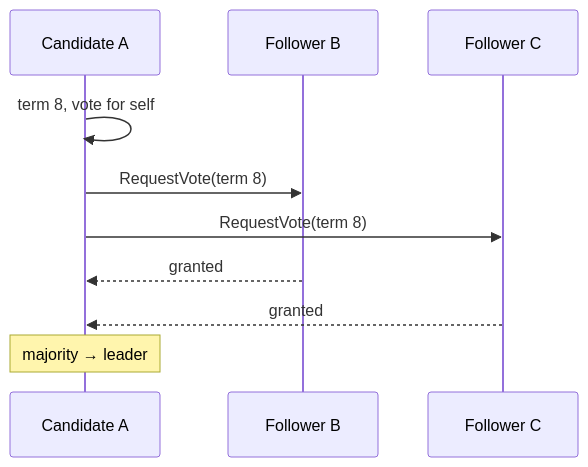
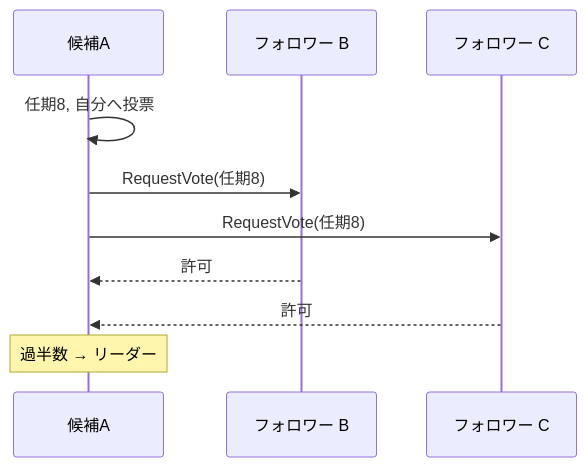
The third of 6 diagrams in src/content/docs/05-distributed-db/14-consensus-raft.md (hirunebot/database-systems-book), drawn with Mermaid before and after one commit. The commit also changed other lines of this file and 42 other files, not shown here.

````diff
--- a/src/content/docs/05-distributed-db/14-consensus-raft.md
+++ b/src/content/docs/05-distributed-db/14-consensus-raft.md
@@ -103,12 +106,12 @@
 ```mermaid
 sequenceDiagram
-    participant A as Candidate A
-    participant B as Follower B
-    participant C as Follower C
-    A->>A: term 8, vote for self
-    A->>B: RequestVote(term 8)
-    A->>C: RequestVote(term 8)
-    B-->>A: granted
-    C-->>A: granted
-    Note over A: majority → leader
+    participant A as 候補A
+    participant B as フォロワー B
+    participant C as フォロワー C
+    A->>A: 任期8, 自分へ投票
+    A->>B: RequestVote(任期8)
+    A->>C: RequestVote(任期8)
+    B-->>A: 許可
+    C-->>A: 許可
+    Note over A: 過半数 → リーダー
 ```
````
